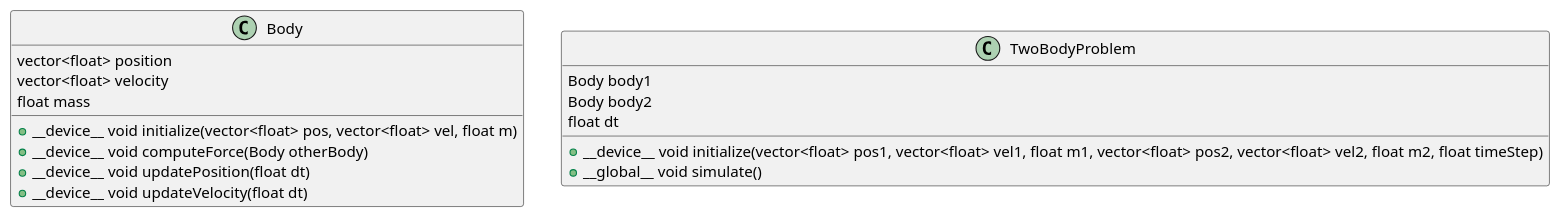
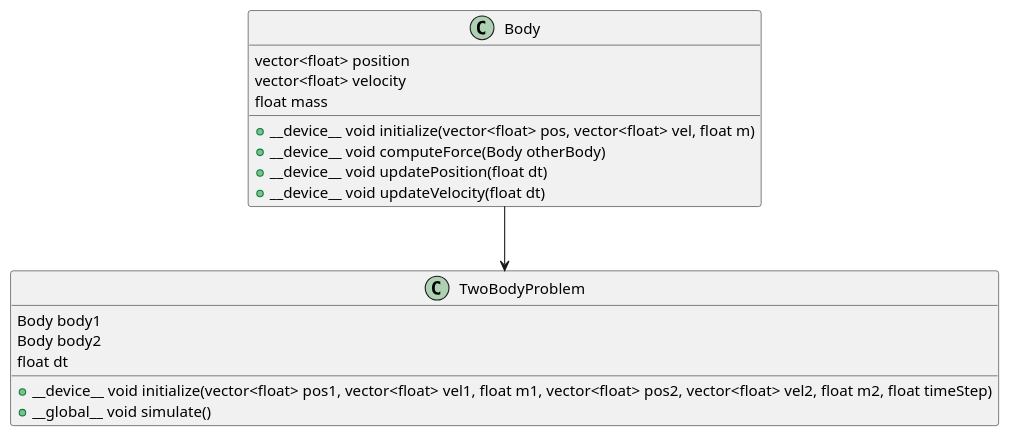
The diagram in Project outline/Two_body.puml (F-Sossi/Two_body_project), drawn with PlantUML before and after one commit.

Commit message:
testing update

```diff
--- a/Project outline/Two_body.puml
+++ b/Project outline/Two_body.puml
@@ -1,23 +1,25 @@
 @startuml
 
 class Body {
   vector<float> position
   vector<float> velocity
   float mass
 
   +__device__ void initialize(vector<float> pos, vector<float> vel, float m)
   +__device__ void computeForce(Body otherBody)
   +__device__ void updatePosition(float dt)
   +__device__ void updateVelocity(float dt)
 }
 
 class TwoBodyProblem {
   Body body1
   Body body2
   float dt
 
   +__device__ void initialize(vector<float> pos1, vector<float> vel1, float m1, vector<float> pos2, vector<float> vel2, float m2, float timeStep)
   +__global__ void simulate()
 }
 
+Body --> TwoBodyProblem
+
 @enduml
```
